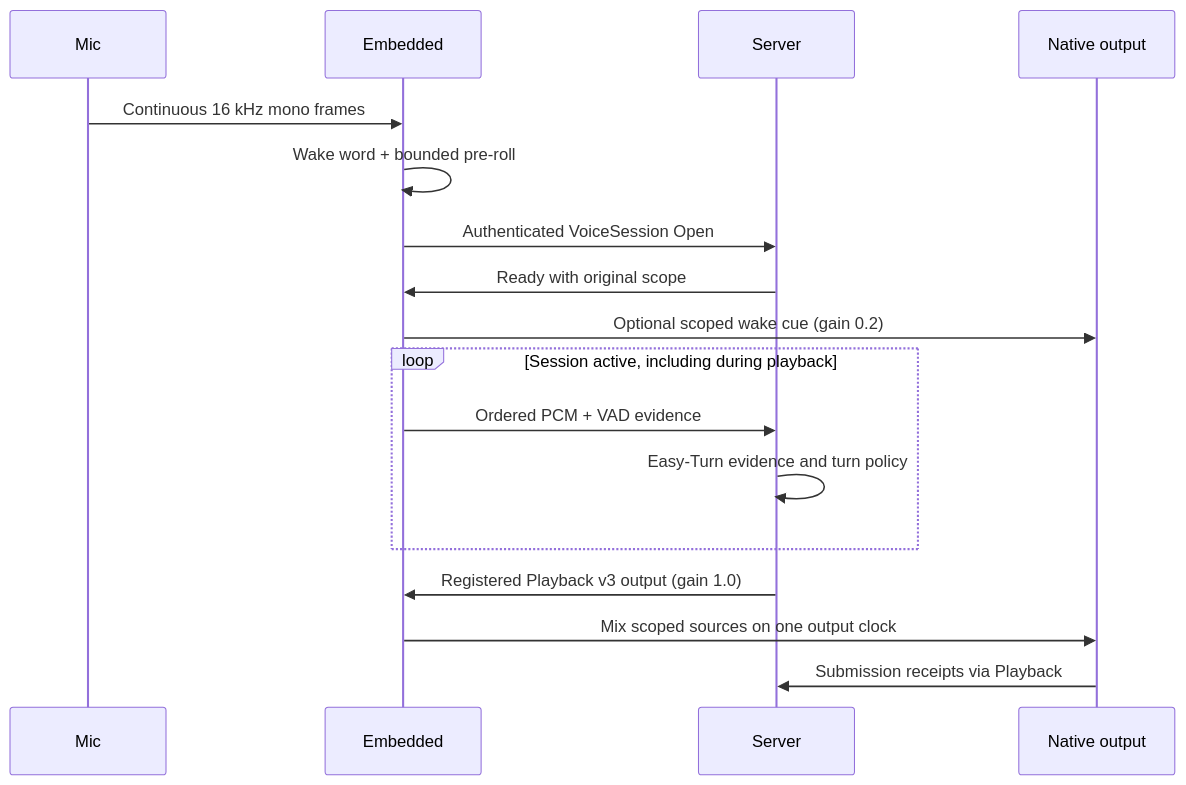
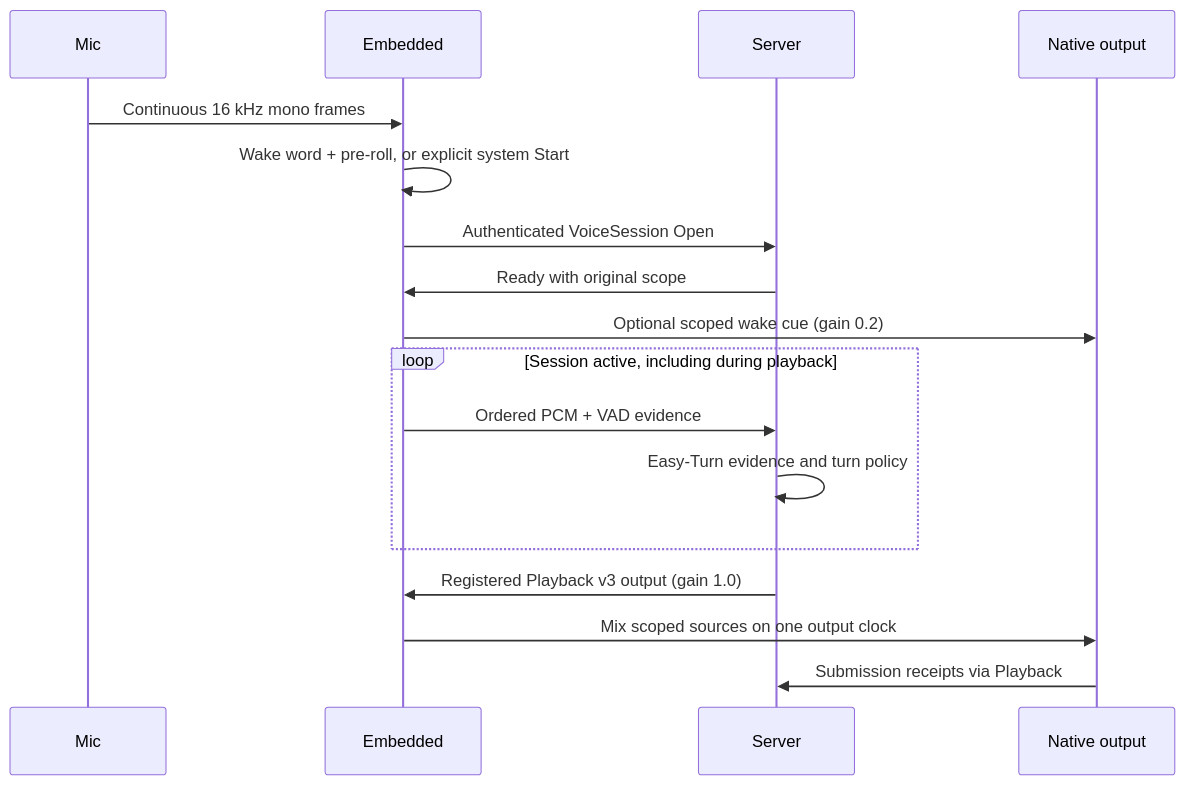
Before and after one commit to Ke-Qiao/project-alia: the diagram in packages/alia-embedded/docs/audio-and-voice.md, drawn with Mermaid. The commit also changed other lines of this file and 369 other files, not shown here.

````diff
--- a/packages/alia-embedded/docs/audio-and-voice.md
+++ b/packages/alia-embedded/docs/audio-and-voice.md
@@ -12,19 +13,19 @@
 ```mermaid
 sequenceDiagram
     participant Mic
     participant Embedded
     participant Server
     participant Native as Native output
     Mic->>Embedded: Continuous 16 kHz mono frames
-    Embedded->>Embedded: Wake word + bounded pre-roll
+    Embedded->>Embedded: Wake word + pre-roll, or explicit system Start
     Embedded->>Server: Authenticated VoiceSession Open
     Server->>Embedded: Ready with original scope
     Embedded->>Native: Optional scoped wake cue (gain 0.2)
     loop Session active, including during playback
         Embedded->>Server: Ordered PCM + VAD evidence
         Server->>Server: Easy-Turn evidence and turn policy
     end
     Server->>Embedded: Registered Playback v3 output (gain 1.0)
     Embedded->>Native: Mix scoped sources on one output clock
     Native->>Server: Submission receipts via Playback
 ```
````
